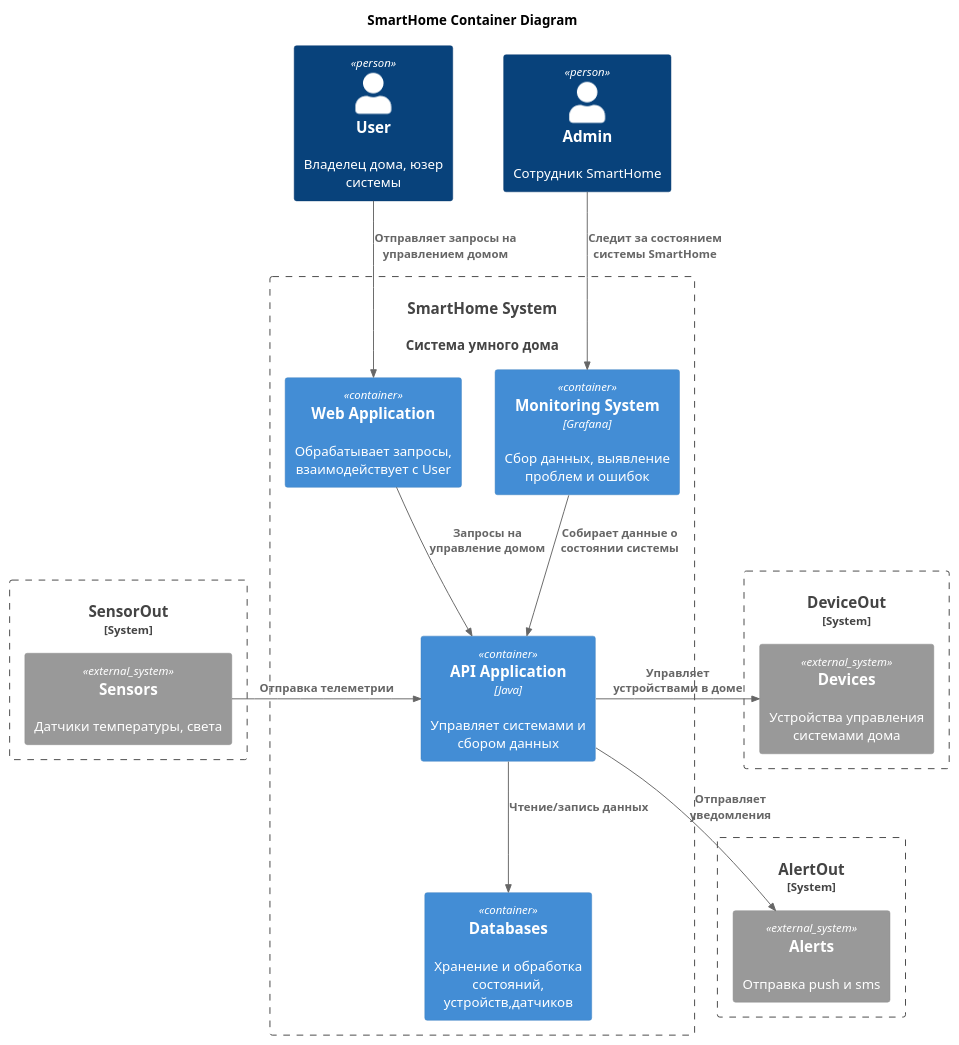
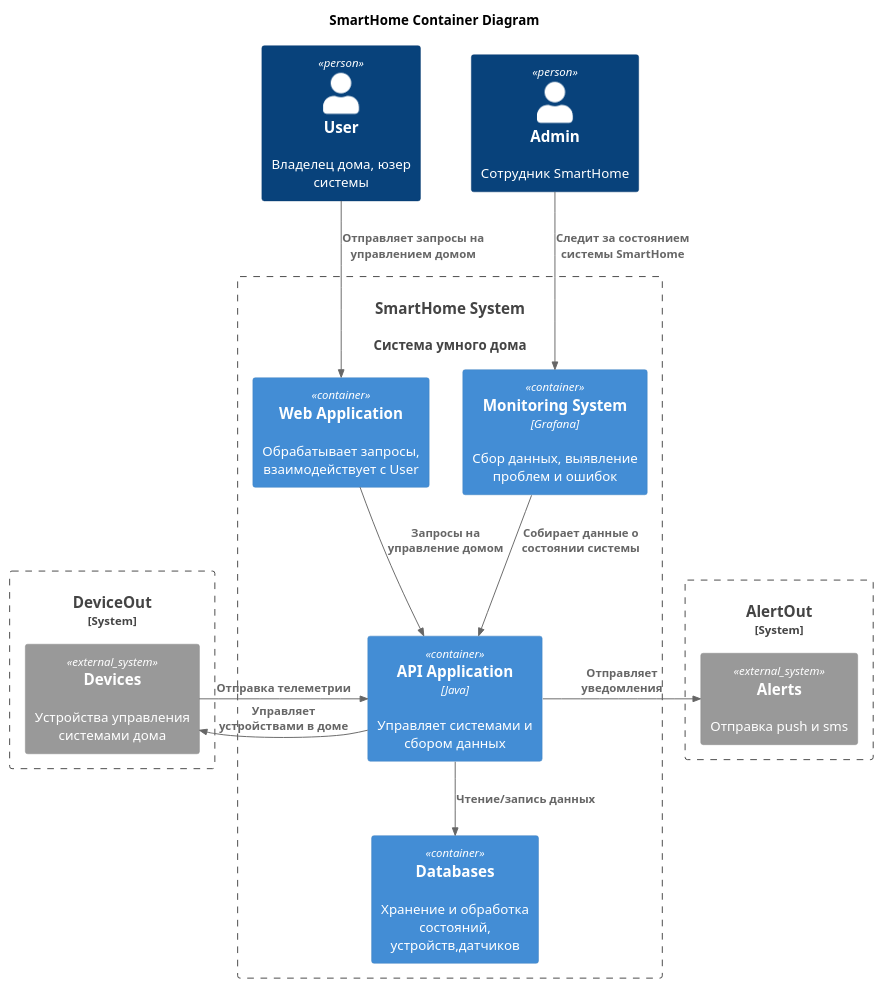
One commit to Ayzatullin/Yandex-Practicum-architecture-sprint-3 changed the diagram in diagrams/container/To-be. Container.puml. Above: the diagram before and after it, drawn with PlantUML. The commit also changed 6 other files, not shown here.

Commit message:
Исправил схемы

```diff
--- a/diagrams/container/To-be. Container.puml
+++ b/diagrams/container/To-be. Container.puml
@@ -1,41 +1,39 @@
 @startuml
 title SmartHome Container Diagram
 
 top to bottom direction
 !includeurl https://raw.githubusercontent.com/RicardoNiepel/C4-PlantUML/master/C4_Component.puml
 
 Person(user, "User", "Владелец дома, юзер системы")
 Person(admin, "Admin", "Сотрудник SmartHome")
 
 System(SmartHome, "SmartHome System", "Система умного дома")
 
 System_Boundary(DeviceOut, "DeviceOut") {
   System_Ext(Devices, "Devices", "Устройства управления системами дома")
 }
-System_Boundary(SensorOut, "SensorOut") {
-  System_Ext(Sensors, "Sensors", "Датчики температуры, света")
-}
+
 System_Boundary(AlertOut, "AlertOut") {
   System_Ext(Alert, "Alerts", "Отправка push и sms")
 }
 
 Container_Boundary(SmartHome, "SmartHome System") {
   Container(WebApps, "Web Application", "", "Обрабатывает запросы, взаимодействует с User")
   Container(Monitoring, "Monitoring System", "Grafana", "Сбор данных, выявление проблем и ошибок")
   Container(Api, "API Application", "Java", "Управляет системами и сбором данных")
   Container(Database, "Databases", "", "Хранение и обработка состояний, устройств,датчиков")
 }
 
 Rel_D(user, WebApps, "Отправляет запросы на управлением домом")
 Rel_D(admin, Monitoring,"Следит за состоянием системы SmartHome")
 Rel_D(WebApps, Api,"Запросы на управление домом")
 Rel_D(Monitoring, Api,"Собирает данные о состоянии системы")
 
 Rel_D(Api,Database,"Чтение/запись данных")
-Rel_R(Sensors, Api, "Отправка телеметрии")
+Rel_R(Devices, Api, "Отправка телеметрии")
 
 Rel_L(Api,Devices,"Управляет устройствами в доме")
-Rel(Api,Alert,"Отправляет уведомления")
+Rel_R(Api,Alert,"Отправляет уведомления")
 
 
 @enduml
```
